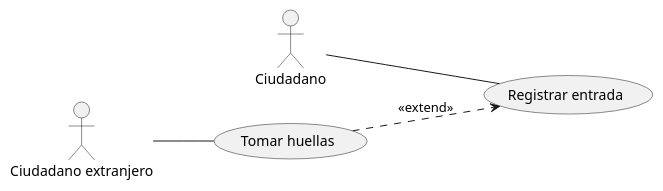
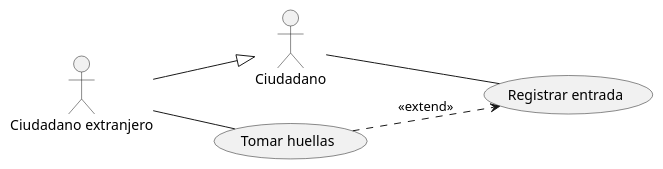
One commit to RikaMzHyde/PracticaClasesUsoPlantUml changed the diagram in src/uml4.puml. Above: the diagram before and after it, drawn with PlantUML. The commit also changed 1 other file, not shown here.

```diff
--- a/src/uml4.puml
+++ b/src/uml4.puml
@@ -1,8 +1,9 @@
 @startuml
 left to right direction
 :Ciudadano: -- (Registrar entrada)
 :Ciudadano extranjero: -- (Tomar huellas)
 
 (Tomar huellas) ..> (Registrar entrada) : <<extend>>
+:Ciudadano extranjero: --|> :Ciudadano:
 
 @enduml
```
